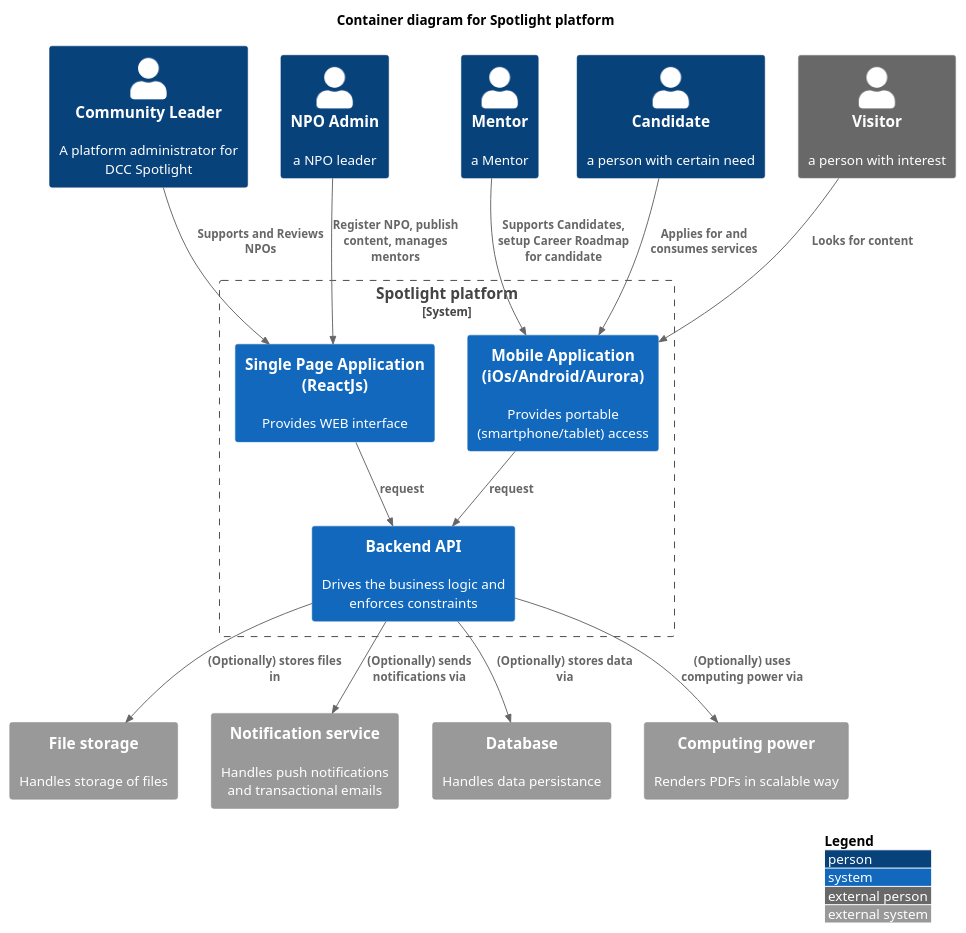
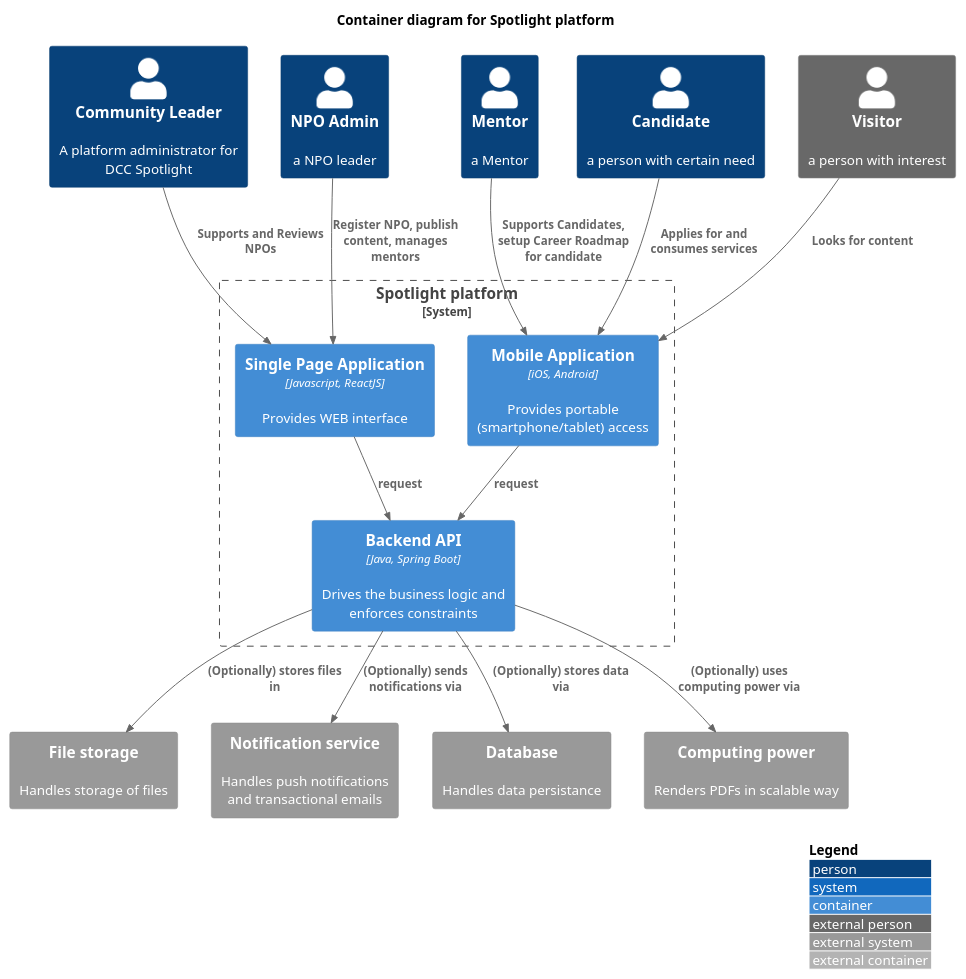
Before and after one commit to arch8s/spring-2022: the diagram in assets/plantuml/container.puml, drawn with PlantUML.

```diff
--- a/assets/plantuml/container.puml
+++ b/assets/plantuml/container.puml
@@ -1,40 +1,40 @@
 @startuml Spotlight container diagram
-!includeurl https://raw.githubusercontent.com/RicardoNiepel/C4-PlantUML/release/1-0/C4_Context.puml
+!includeurl https://raw.githubusercontent.com/RicardoNiepel/C4-PlantUML/release/1-0/C4_Container.puml
 
 title Container diagram for Spotlight platform
 
 LAYOUT_WITH_LEGEND()
 
 Person(community_leader, "Community Leader", "A platform administrator for DCC Spotlight")
 Person(npo_admin, "NPO Admin", "a NPO leader")
 Person(mentor, "Mentor", "a Mentor")
 Person(candidate, "Candidate", "a person with certain need")
 Person_Ext(visitor, "Visitor", "a person with interest")
 
 System_Boundary(spotlight, "Spotlight platform") {
-    System(spa_app, "Single Page Application (ReactJs)", "Provides WEB interface")
-    System(mobile_app, "Mobile Application (iOs/Android/Aurora)", "Provides portable (smartphone/tablet) access")    
-    System(api, "Backend API", "Drives the business logic and enforces constraints")
+    Container(spa_app, "Single Page Application", "Javascript, ReactJS", "Provides WEB interface")
+    Container(mobile_app, "Mobile Application", "iOS, Android", "Provides portable (smartphone/tablet) access")    
+    Container(api, "Backend API", "Java, Spring Boot", "Drives the business logic and enforces constraints")
 }
 
 System_Ext(s3, "File storage", "Handles storage of files")
 System_Ext(ses, "Notification service", "Handles push notifications and transactional emails")
 System_Ext(rds, "Database", "Handles data persistance")
 System_Ext(serverless, "Computing power", "Renders PDFs in scalable way")
 
 Rel(community_leader, spa_app, "Supports and Reviews NPOs")
 Rel(npo_admin, spa_app, "Register NPO, publish content, manages mentors")
 
 Rel(mentor, mobile_app, "Supports Candidates, setup Career Roadmap for candidate")
 Rel(candidate, mobile_app, "Applies for and consumes services")
 Rel(visitor, mobile_app, "Looks for content")
 
 Rel(spa_app, api, "request")
 Rel(mobile_app, api, "request")
 
 Rel(api, s3, "(Optionally) stores files in ")
 Rel(api, ses, "(Optionally) sends notifications via ")
 Rel(api, rds, "(Optionally) stores data via ")
 Rel(api, serverless, "(Optionally) uses computing power via ")
 
 @enduml
```
